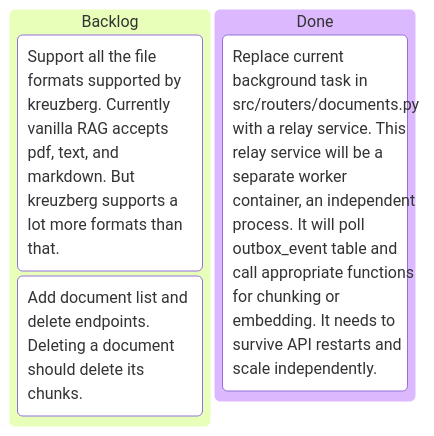
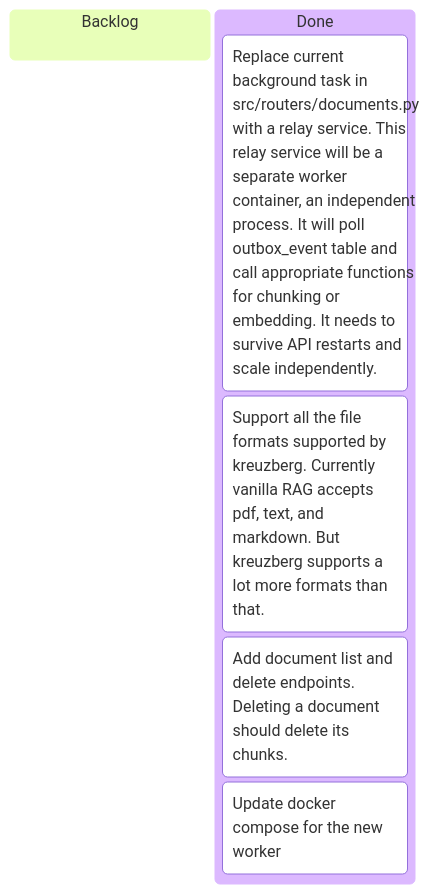
The diagram in docs/kanban.md (mhrafin/rag-api), drawn with Mermaid before and after one commit. The commit also changed 1 other file, not shown here.

Commit message:
docs: update deployment and kanban for worker
- Document worker service, poll interval, and migrate ordering
- List WORKER_POLL_INTERVAL in env reference
- Mark t1, t3, t4 as done

````diff
--- a/docs/kanban.md
+++ b/docs/kanban.md
@@ -1,11 +1,15 @@
 ```mermaid
 kanban
     Backlog
-        t1[Support all the file formats supported by kreuzberg. Currently vanilla RAG accepts pdf, text, and markdown. But kreuzberg supports a lot more formats than that.]
 
 
 
-        t3[Add document list and delete endpoints. Deleting a document should delete its chunks.]
+
+
     Done
         t2[Replace current background task in src/routers/documents.py with a relay service. This relay service will be a separate worker container, an independent process. It will poll outbox_event table and call appropriate functions for chunking or embedding. It needs to survive API restarts and scale independently.]
+        t1[Support all the file formats supported by kreuzberg. Currently vanilla RAG accepts pdf, text, and markdown. But kreuzberg supports a lot more formats than that.]
+        t3[Add document list and delete endpoints. Deleting a document should delete its chunks.]
+
+        t4[Update docker compose for the new worker]
 ```
````
